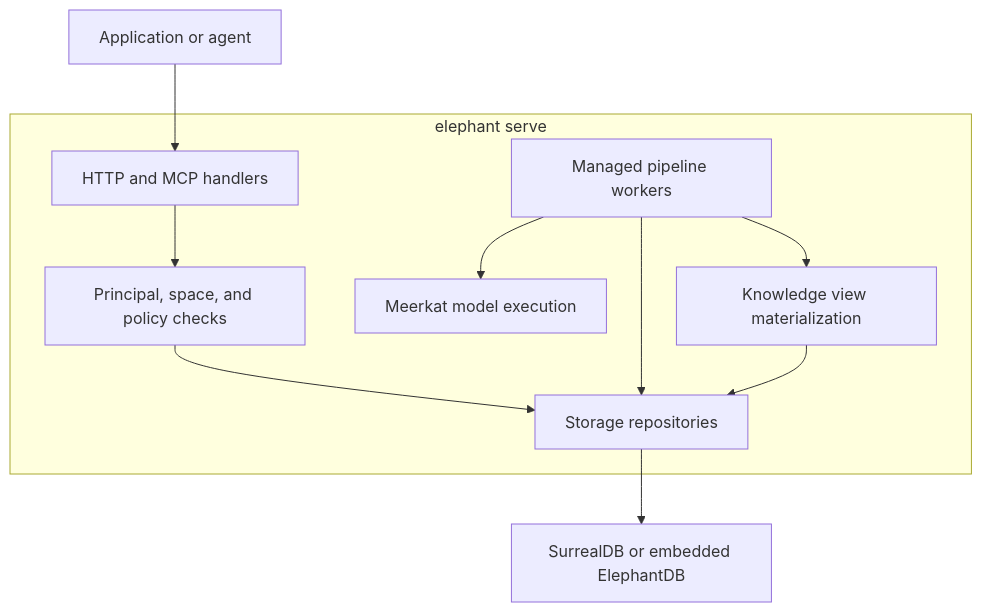
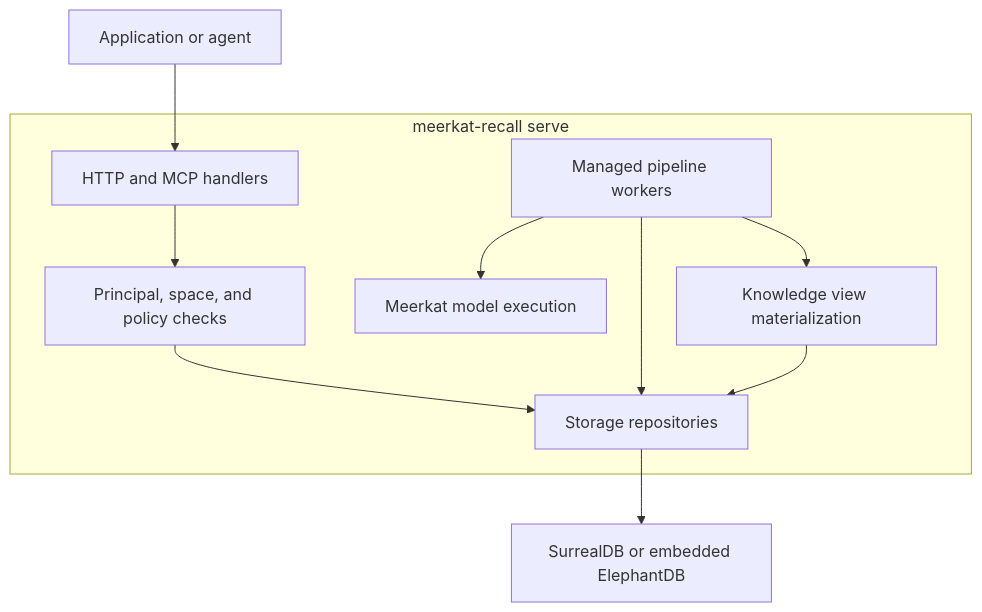
The diagram in docs/architecture/overview.mdx (lukacf/meerkat-recall), drawn with Mermaid before and after one commit. The commit also changed other lines of this file and 144 other files, not shown here.

First line of the commit message:
Prepare Meerkat Recall 0.1 with authorization and migration safeguards (#22)

````diff
--- a/docs/architecture/overview.mdx
+++ b/docs/architecture/overview.mdx
@@ -16,13 +16,13 @@
 ```mermaid
 flowchart TD
     Client["Application or agent"] --> API["HTTP and MCP handlers"]
-    subgraph Runtime["elephant serve"]
+    subgraph Runtime["meerkat-recall serve"]
         API --> Policy["Principal, space, and policy checks"]
         Policy --> Repos["Storage repositories"]
         Workers["Managed pipeline workers"] --> Repos
         Workers --> Models["Meerkat model execution"]
         Workers --> Views["Knowledge view materialization"]
         Views --> Repos
     end
     Repos --> Store["SurrealDB or embedded ElephantDB"]
 ```
````
